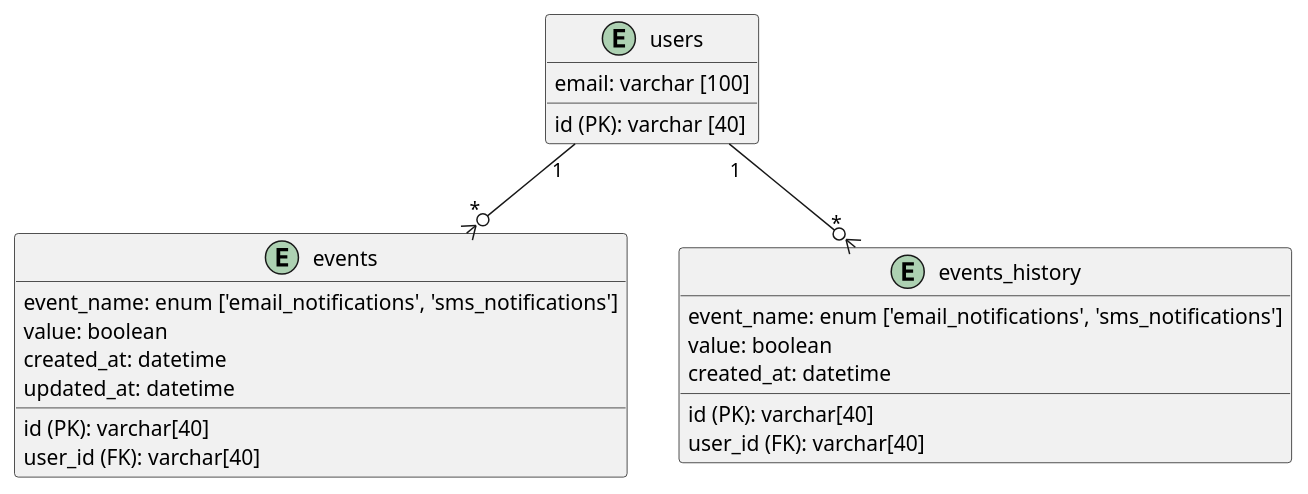
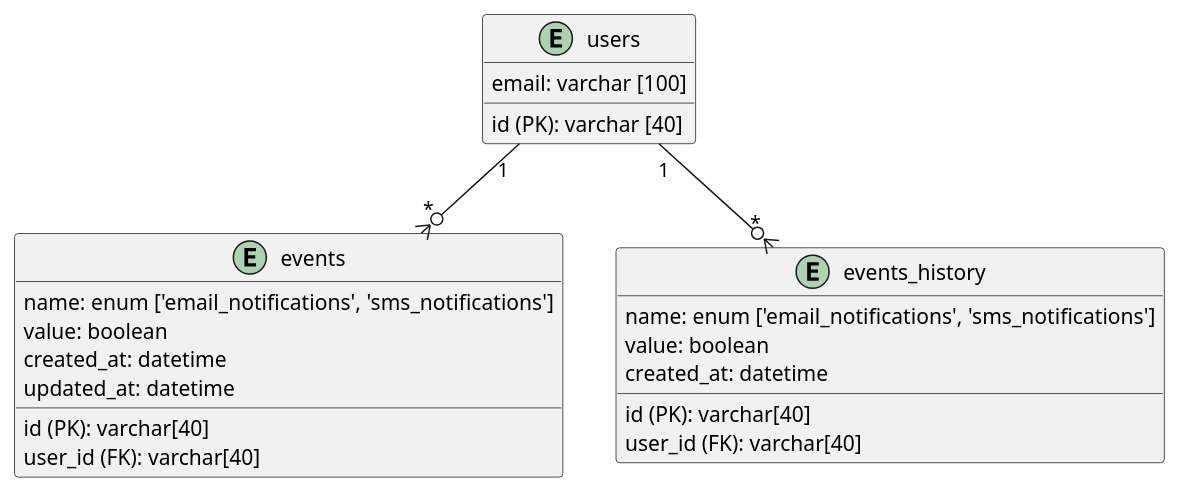
The diagram in docs/database.schema.puml (fabio-coutinho-dos-santos/didomi-test), drawn with PlantUML before and after one commit.

Commit message:
docs: update database doc

```diff
--- a/docs/database.schema.puml
+++ b/docs/database.schema.puml
@@ -1,27 +1,27 @@
 @startuml
 
 entity users {
     id (PK): varchar [40]
     email: varchar [100]
 }
 
 entity events {
   id (PK): varchar[40]
   user_id (FK): varchar[40]
-  event_name: enum ['email_notifications', 'sms_notifications']
+  name: enum ['email_notifications', 'sms_notifications']
   value: boolean
   created_at: datetime
   updated_at: datetime
 }
 
 entity events_history {
   id (PK): varchar[40]
   user_id (FK): varchar[40]
-  event_name: enum ['email_notifications', 'sms_notifications']
+  name: enum ['email_notifications', 'sms_notifications']
   value: boolean
   created_at: datetime
 }
 
 users "1"--o{"*" events 
 users "1"--o{"*" events_history
 @enduml
```
